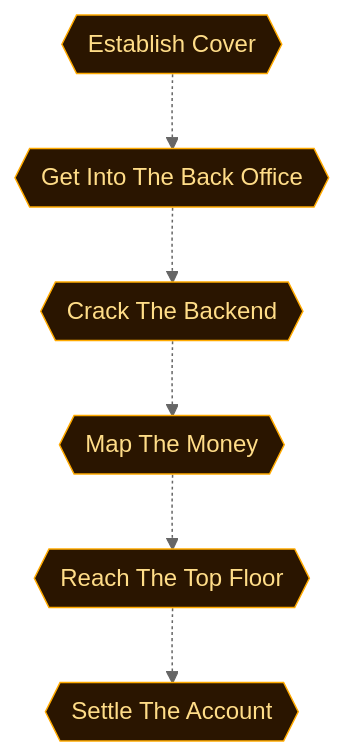
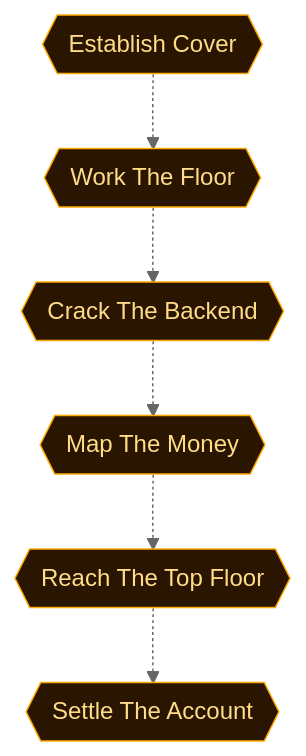
One commit to cliffe/BreakEscape changed the second of 5 diagrams in scenarios/m06_follow_the_money/dungeon_graph.md. Above: the diagram before and after it, drawn with Mermaid (neutral theme). The commit also changed other lines of this file and 19 other files, not shown here.

````diff
--- a/scenarios/m06_follow_the_money/dungeon_graph.md
+++ b/scenarios/m06_follow_the_money/dungeon_graph.md
@@ -188,33 +187,33 @@
 ```mermaid
 flowchart TD
 
   classDef room      fill:#0f2d2d,stroke:#22ddcc,color:#a0ffee
   classDef lock      fill:#2d0f0f,stroke:#e66060,color:#ffa0a0
   classDef key       fill:#2d0812,stroke:#e66060,color:#ffa0a0
   classDef item      fill:#2d1200,stroke:#e89030,color:#ffcc80
   classDef gate      fill:#111,stroke:#666,color:#eee
   classDef vm        fill:#0c1f40,stroke:#4a90d9,color:#a0c8ff
   classDef flag      fill:#1a0c2d,stroke:#9060d0,color:#cc99ff
   classDef action    fill:#1a1200,stroke:#cc9922,color:#ffee88
   classDef aim       fill:#0d2a0d,stroke:#44cc44,color:#88ff88
   classDef aim_gate  fill:#111111,stroke:#44cc44,color:#44cc44
   classDef container fill:#1a2d1a,stroke:#60b060,color:#a0e0a0
   classDef npc       fill:#2d1f0d,stroke:#d0a050,color:#ffe0a0
   classDef critical  fill:#2a1500,stroke:#ffaa00,color:#ffdd88
   classDef start     fill:#003322,stroke:#00ffaa,color:#00ffaa
 
   aim_establish_cover{{"Establish Cover"}}
-  aim_access_backend_systems{{"Get Into The Back Office"}}
+  aim_access_backend_systems{{"Work The Floor"}}
   aim_crack_passwords{{"Crack The Backend"}}
   aim_map_financial_network{{"Map The Money"}}
   aim_breach_executive_wing{{"Reach The Top Floor"}}
   aim_resolve_the_fund{{"Settle The Account"}}
 
   aim_establish_cover -.-> aim_access_backend_systems
   aim_access_backend_systems -.-> aim_crack_passwords
   aim_crack_passwords -.-> aim_map_financial_network
   aim_map_financial_network -.-> aim_breach_executive_wing
   aim_breach_executive_wing -.-> aim_resolve_the_fund
 
   class aim_establish_cover,aim_access_backend_systems,aim_crack_passwords,aim_map_financial_network,aim_breach_executive_wing,aim_resolve_the_fund critical
 ```
````
